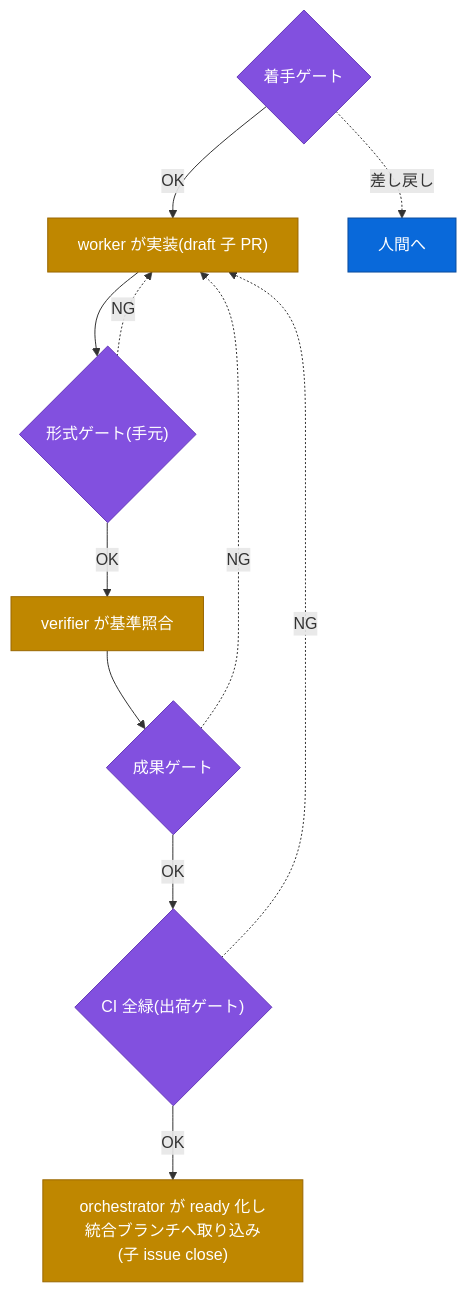
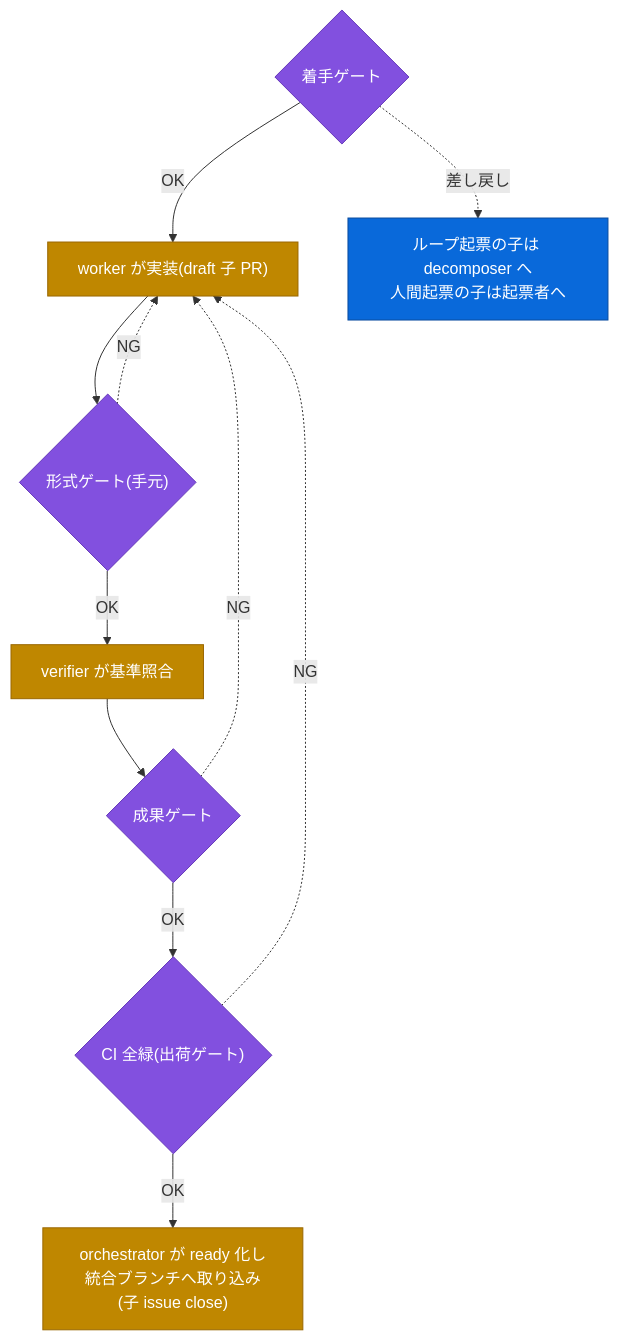
One commit to reonyanarticle/tasuki changed the second of 3 diagrams in README.md. Above: the diagram before and after it, drawn with Mermaid. The commit also changed other lines of this file and 12 other files, not shown here.

First line of the commit message:
fix: 最終レビュー(コード5観点、mermaid、入口文書)の所見を反映

````diff
--- a/README.md
+++ b/README.md
@@ -87,19 +87,19 @@
 ```mermaid
 flowchart TD
     accTitle: 子 issue 1件がゲートを通る流れ
-    accDescr: 着手ゲートを通ると worker が実装し、形式ゲートと verifier の基準照合、成果ゲート、CI の全緑を経て、orchestrator が子 PR を ready 化して統合ブランチへ取り込む。形式、成果、CI の差し戻しは worker に戻る。
+    accDescr: 着手ゲートを通ると worker が実装し、形式ゲートと verifier の基準照合、成果ゲート、CI の全緑を経て、orchestrator が子 PR を ready 化して統合ブランチへ取り込む。形式、成果、CI の差し戻しは worker に戻り、着手ゲートの差し戻しはループ起票の子なら decomposer、人間起票の子なら起票者へ戻る。
     classDef human fill:#0969da,stroke:#0a4c9e,color:#fff
     classDef gate fill:#8250df,stroke:#6639ba,color:#fff
     classDef work fill:#bf8700,stroke:#9a6700,color:#fff
 
     start{"着手ゲート"}:::gate -->|OK| W["worker が実装(draft 子 PR)"]:::work
     W --> checks{"形式ゲート(手元)"}:::gate
     checks -->|OK| V["verifier が基準照合"]:::work
     V --> outcome{"成果ゲート"}:::gate
     outcome -->|OK| CI{"CI 全緑(出荷ゲート)"}:::gate
     CI -->|OK| R["orchestrator が ready 化し<br/>統合ブランチへ取り込み(子 issue close)"]:::work
     checks -.->|NG| W
     outcome -.->|NG| W
     CI -.->|NG| W
-    start -.->|差し戻し| T["人間へ"]:::human
+    start -.->|差し戻し| T["ループ起票の子は decomposer へ<br/>人間起票の子は起票者へ"]:::human
 ```
````
